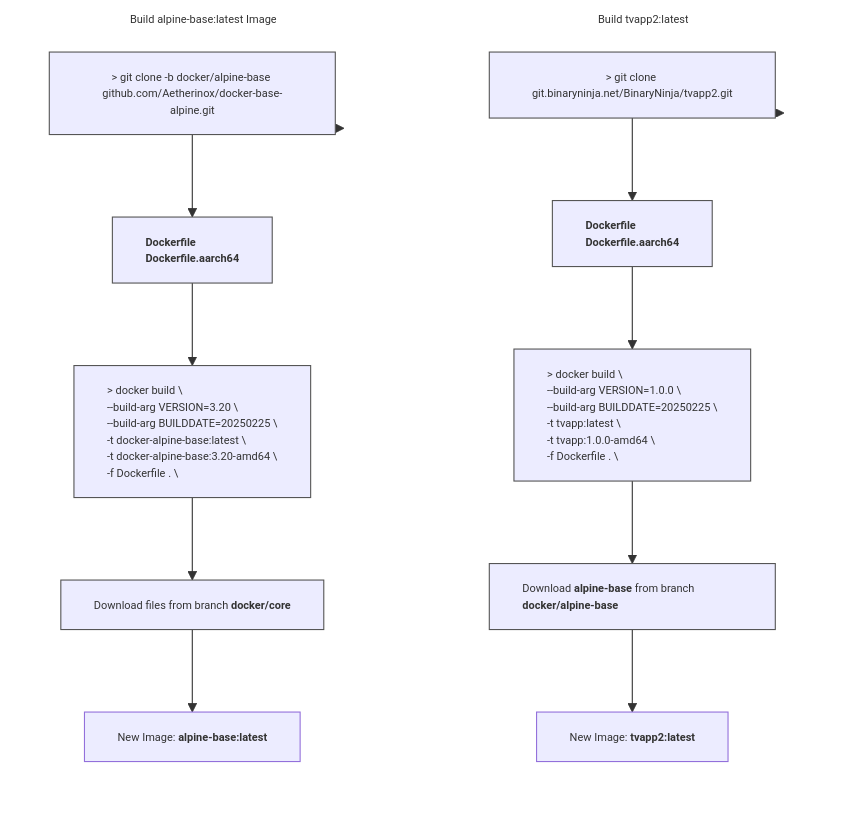
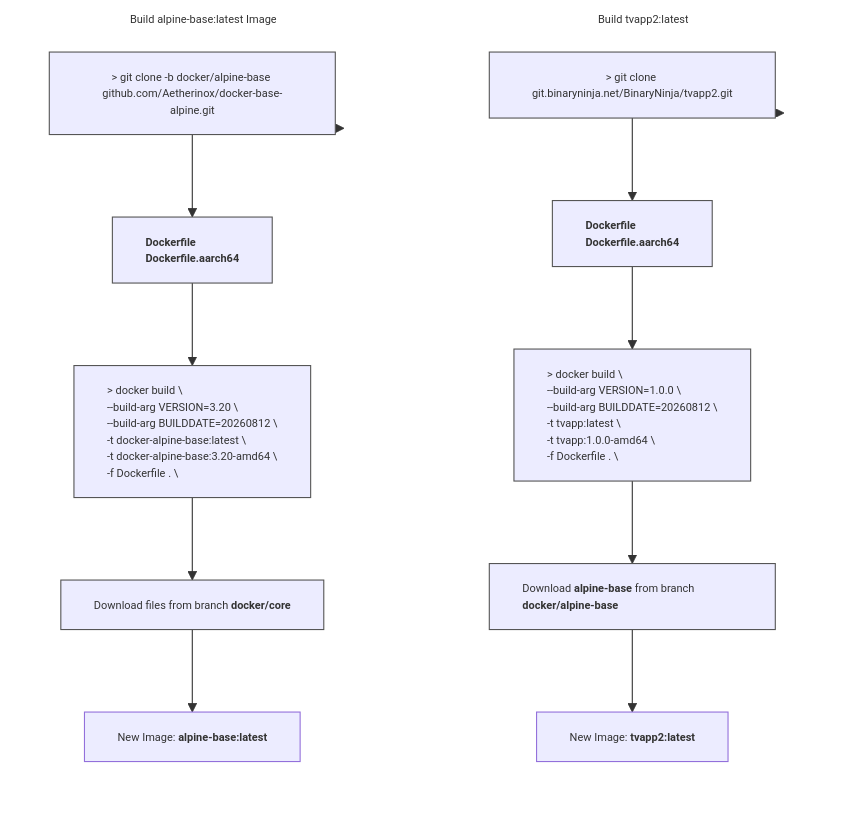
The second of 2 diagrams in README.md (TheBinaryNinja/tvapp2), drawn with Mermaid before and after one commit. The commit also changed other lines of this file, not shown here.

````diff
--- a/README.md
+++ b/README.md
@@ -305,51 +306,51 @@
 ```mermaid
 %%{init: { 'themeVariables': { 'fontSize': '10px' }}}%%
 flowchart TB
 
 subgraph GRAPH_TVAPP ["Build tvapp2:latest"]
     direction TB
     obj_step10["`&gt; git clone git.binaryninja.net/BinaryNinja/tvapp2.git`"]
     obj_step11["`**Dockerfile
      Dockerfile.aarch64**`"]
     obj_step12["`&gt; docker build &bsol;
     --build-arg VERSION=1.0.0 &bsol;
-    --build-arg BUILDDATE=20250225 &bsol;
+    --build-arg BUILDDATE=20260812 &bsol;
     -t tvapp:latest &bsol;
     -t tvapp:1.0.0-amd64 &bsol;
     -f Dockerfile . &bsol;`"]
     obj_step13["`Download **alpine-base** from branch **docker/alpine-base**`"]
     obj_step14["`New Image: **tvapp2:latest**`"]
 
     style obj_step10 text-align:center,stroke-width:1px,stroke:#555
     style obj_step11 text-align:left,stroke-width:1px,stroke:#555
     style obj_step12 text-align:left,stroke-width:1px,stroke:#555
     style obj_step13 text-align:left,stroke-width:1px,stroke:#555
 end
 
 style GRAPH_TVAPP text-align:center,stroke-width:1px,stroke:transparent,fill:transparent
 
 subgraph GRAPH_ALPINE["Build alpine-base:latest Image"]
 direction TB
     obj_step20["`&gt; git clone -b docker/alpine-base github.com/Aetherinox/docker-base-alpine.git`"]
     obj_step21["`**Dockerfile
      Dockerfile.aarch64**`"]
     obj_step22["`&gt; docker build &bsol;
     --build-arg VERSION=3.20 &bsol;
-    --build-arg BUILDDATE=20250225 &bsol;
+    --build-arg BUILDDATE=20260812 &bsol;
     -t docker-alpine-base:latest &bsol;
     -t docker-alpine-base:3.20-amd64 &bsol;
     -f Dockerfile . &bsol;`"]
     obj_step23["`Download files from branch **docker/core**`"]
     obj_step24["`New Image: **alpine-base:latest**`"]
 
     style obj_step20 text-align:center,stroke-width:1px,stroke:#555
     style obj_step21 text-align:left,stroke-width:1px,stroke:#555
     style obj_step22 text-align:left,stroke-width:1px,stroke:#555
     style obj_step23 text-align:left,stroke-width:1px,stroke:#555
 end
 
 style GRAPH_ALPINE text-align:center,stroke-width:1px,stroke:transparent,fill:transparent
 
 GRAPH_TVAPP --> obj_step10 --> obj_step11 --> obj_step12 --> obj_step13 --> obj_step14
 GRAPH_ALPINE --> obj_step20 --> obj_step21 --> obj_step22 --> obj_step23 --> obj_step24
 ```
````
